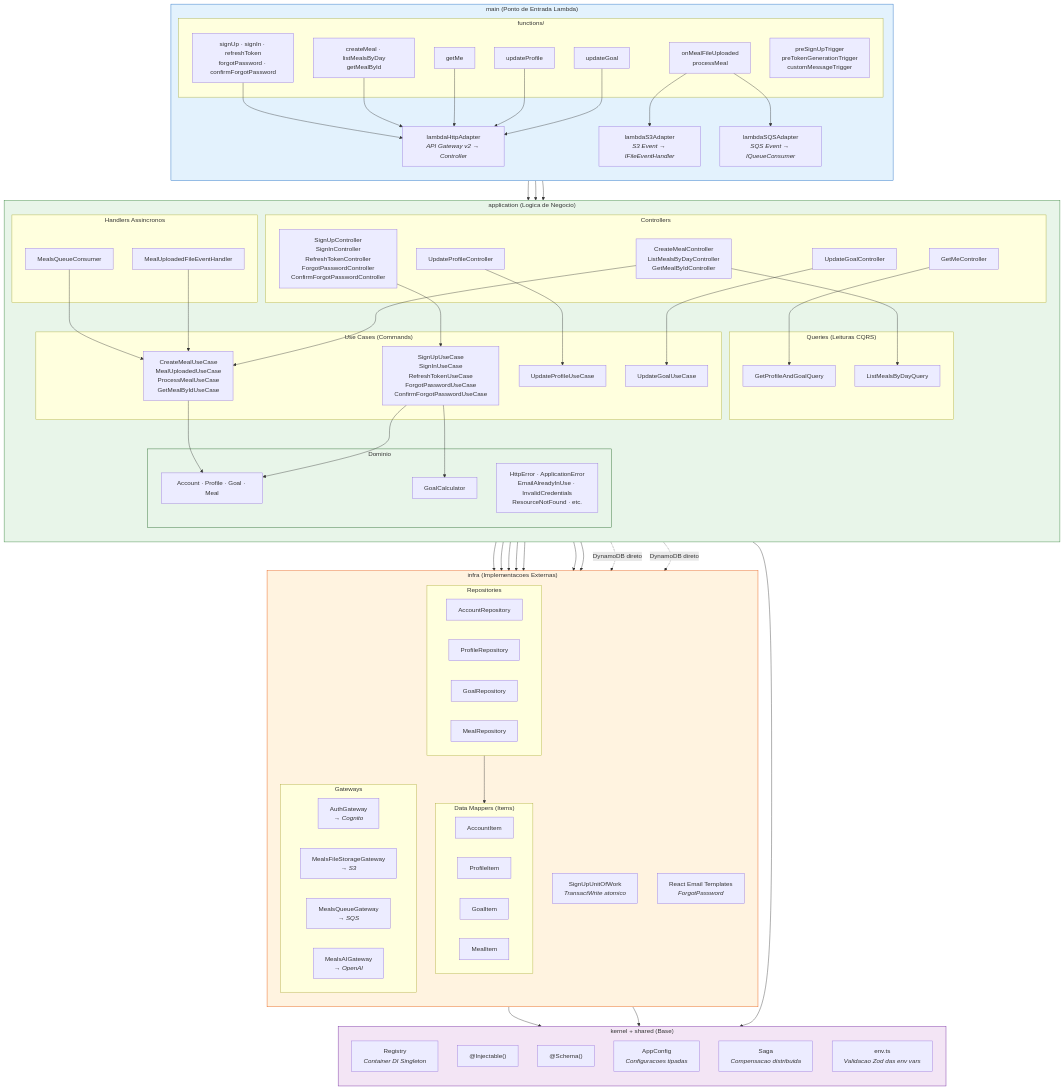
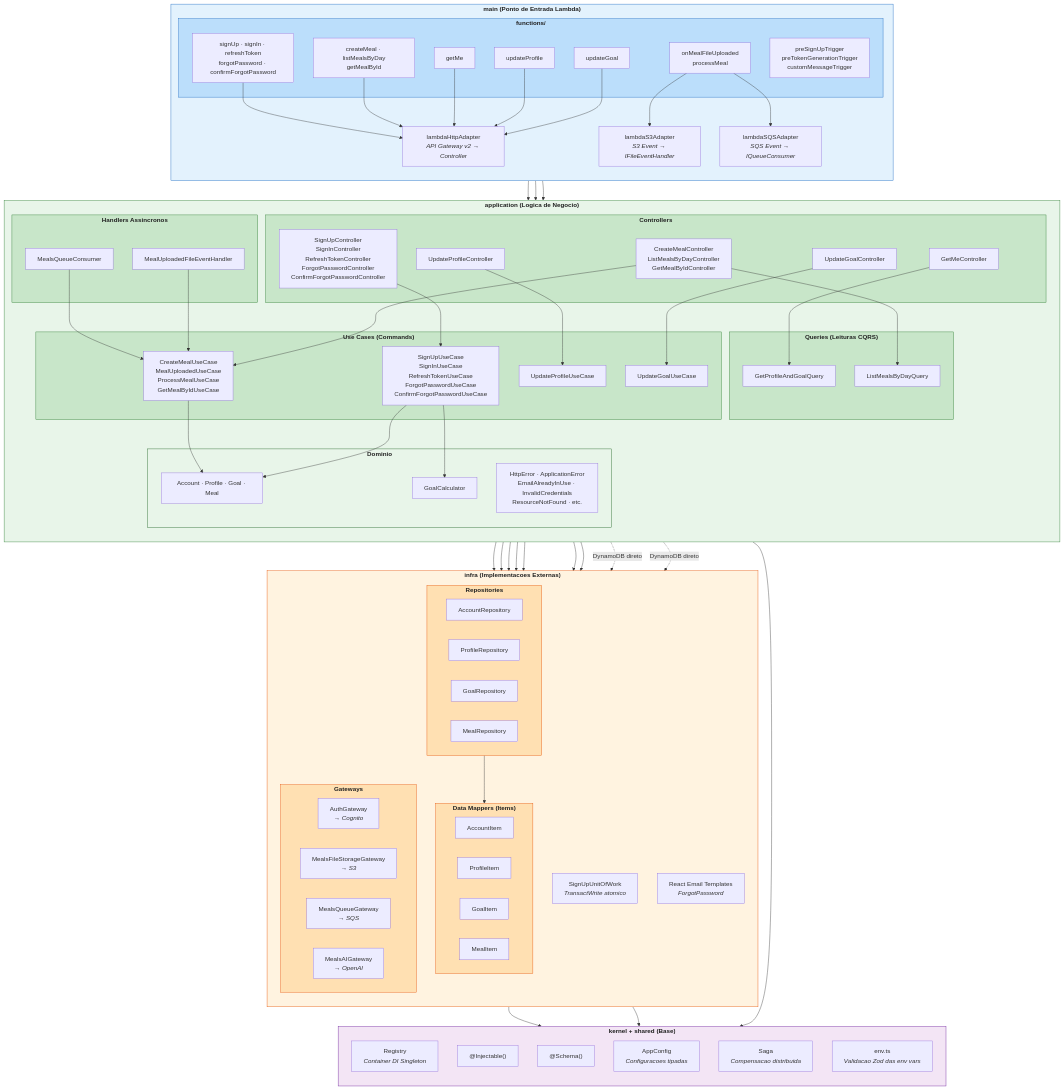
Before and after one commit to danillotorresdev/foodiary: the first of 3 diagrams in foodiary-api/diagrams/ARCHITECTURE_DIAGRAM.md, drawn with Mermaid. The commit also changed other lines of this file and 2 other files, not shown here.

Commit message:
style(documentation): enhance diagrams with improved readability and formatting
- Updated ARCHITECTURE_DIAGRAM.md, GENERAL_DIAGRAM.md, PATTERNS_DIAGRAM.md to include bold formatting for key components, enhancing visual clarity.
- Added theme initialization for Mermaid diagrams to ensure consistent text color across all diagrams.
- Improved overall structure and styling of diagrams to better represent the relationships and flows within the Foodiary API architecture.

````diff
--- a/foodiary-api/diagrams/ARCHITECTURE_DIAGRAM.md
+++ b/foodiary-api/diagrams/ARCHITECTURE_DIAGRAM.md
@@ -5,12 +5,13 @@
 ```mermaid
+%%{init: {'themeVariables': { 'primaryTextColor': '#212121' }}}%%
 graph TB
-  subgraph MAIN["main (Ponto de Entrada Lambda)"]
+  subgraph MAIN["<b>main (Ponto de Entrada Lambda)</b>"]
     direction TB
     LHA["lambdaHttpAdapter<br/><i>API Gateway v2 → Controller</i>"]
     LS3A["lambdaS3Adapter<br/><i>S3 Event → IFileEventHandler</i>"]
     LSQSA["lambdaSQSAdapter<br/><i>SQS Event → IQueueConsumer</i>"]
 
-    subgraph FUNCTIONS["functions/"]
+    subgraph FUNCTIONS["<b>functions/</b>"]
       F_AUTH["signUp · signIn · refreshToken<br/>forgotPassword · confirmForgotPassword"]
       F_MEALS_HTTP["createMeal · listMealsByDay<br/>getMealById"]
       F_MEALS_ASYNC["onMealFileUploaded<br/>processMeal"]
@@ -29,9 +30,9 @@
     F_MEALS_ASYNC --> LSQSA
   end
 
-  subgraph APPLICATION["application (Logica de Negocio)"]
+  subgraph APPLICATION["<b>application (Logica de Negocio)</b>"]
     direction TB
-    subgraph CONTROLLERS["Controllers"]
+    subgraph CONTROLLERS["<b>Controllers</b>"]
       C_AUTH["SignUpController<br/>SignInController<br/>RefreshTokenController<br/>ForgotPasswordController<br/>ConfirmForgotPasswordController"]
       C_MEALS["CreateMealController<br/>ListMealsByDayController<br/>GetMealByIdController"]
       C_ACCOUNTS["GetMeController"]
@@ -39,24 +40,24 @@
       C_GOALS["UpdateGoalController"]
     end
 
-    subgraph USECASES["Use Cases (Commands)"]
+    subgraph USECASES["<b>Use Cases (Commands)</b>"]
       UC_AUTH["SignUpUseCase<br/>SignInUseCase<br/>RefreshTokenUseCase<br/>ForgotPasswordUseCase<br/>ConfirmForgotPasswordUseCase"]
       UC_MEALS["CreateMealUseCase<br/>MealUploadedUseCase<br/>ProcessMealUseCase<br/>GetMealByIdUseCase"]
       UC_PROFILES["UpdateProfileUseCase"]
       UC_GOALS["UpdateGoalUseCase"]
     end
 
-    subgraph QUERIES["Queries (Leituras CQRS)"]
+    subgraph QUERIES["<b>Queries (Leituras CQRS)</b>"]
       Q1["GetProfileAndGoalQuery"]
       Q2["ListMealsByDayQuery"]
     end
 
-    subgraph ASYNC_HANDLERS["Handlers Assincronos"]
+    subgraph ASYNC_HANDLERS["<b>Handlers Assincronos</b>"]
       EH["MealUploadedFileEventHandler"]
       QC["MealsQueueConsumer"]
     end
 
-    subgraph DOMAIN["Dominio"]
+    subgraph DOMAIN["<b>Dominio</b>"]
       ENTITIES["Account · Profile · Goal · Meal"]
       SERVICES["GoalCalculator"]
       ERRORS["HttpError · ApplicationError<br/>EmailAlreadyInUse · InvalidCredentials<br/>ResourceNotFound · etc."]
@@ -75,23 +76,23 @@
     UC_MEALS --> ENTITIES
   end
 
-  subgraph INFRA["infra (Implementacoes Externas)"]
+  subgraph INFRA["<b>infra (Implementacoes Externas)</b>"]
     direction TB
-    subgraph REPOS["Repositories"]
+    subgraph REPOS["<b>Repositories</b>"]
       R1["AccountRepository"]
       R2["ProfileRepository"]
       R3["GoalRepository"]
       R4["MealRepository"]
     end
 
-    subgraph ITEMS["Data Mappers (Items)"]
+    subgraph ITEMS["<b>Data Mappers (Items)</b>"]
       I1["AccountItem"]
       I2["ProfileItem"]
       I3["GoalItem"]
       I4["MealItem"]
     end
 
-    subgraph GATEWAYS["Gateways"]
+    subgraph GATEWAYS["<b>Gateways</b>"]
       GW_AUTH["AuthGateway<br/><i>→ Cognito</i>"]
       GW_STORAGE["MealsFileStorageGateway<br/><i>→ S3</i>"]
       GW_QUEUE["MealsQueueGateway<br/><i>→ SQS</i>"]
@@ -104,7 +105,7 @@
     REPOS --> ITEMS
   end
 
-  subgraph KERNEL_SHARED["kernel + shared (Base)"]
+  subgraph KERNEL_SHARED["<b>kernel + shared (Base)</b>"]
     direction TB
     REGISTRY["Registry<br/><i>Container DI Singleton</i>"]
     DEC_INJ["@Injectable()"]
@@ -130,9 +131,17 @@
   GATEWAYS --> APP_CONFIG
   REPOS --> APP_CONFIG
 
-  style MAIN fill:#e3f2fd,stroke:#1565c0
-  style APPLICATION fill:#e8f5e9,stroke:#2e7d32
-  style INFRA fill:#fff3e0,stroke:#e65100
-  style KERNEL_SHARED fill:#f3e5f5,stroke:#6a1b9a
-  style DOMAIN fill:#e8f5e9,stroke:#1b5e20
+  style MAIN fill:#e3f2fd,stroke:#1565c0,color:#212121
+  style APPLICATION fill:#e8f5e9,stroke:#2e7d32,color:#212121
+  style INFRA fill:#fff3e0,stroke:#e65100,color:#212121
+  style KERNEL_SHARED fill:#f3e5f5,stroke:#6a1b9a,color:#212121
+  style DOMAIN fill:#e8f5e9,stroke:#1b5e20,color:#212121
+  style FUNCTIONS fill:#bbdefb,stroke:#1565c0,color:#212121
+  style CONTROLLERS fill:#c8e6c9,stroke:#2e7d32,color:#212121
+  style USECASES fill:#c8e6c9,stroke:#2e7d32,color:#212121
+  style QUERIES fill:#c8e6c9,stroke:#2e7d32,color:#212121
+  style ASYNC_HANDLERS fill:#c8e6c9,stroke:#2e7d32,color:#212121
+  style REPOS fill:#ffe0b2,stroke:#e65100,color:#212121
+  style ITEMS fill:#ffe0b2,stroke:#e65100,color:#212121
+  style GATEWAYS fill:#ffe0b2,stroke:#e65100,color:#212121
 ```
````
